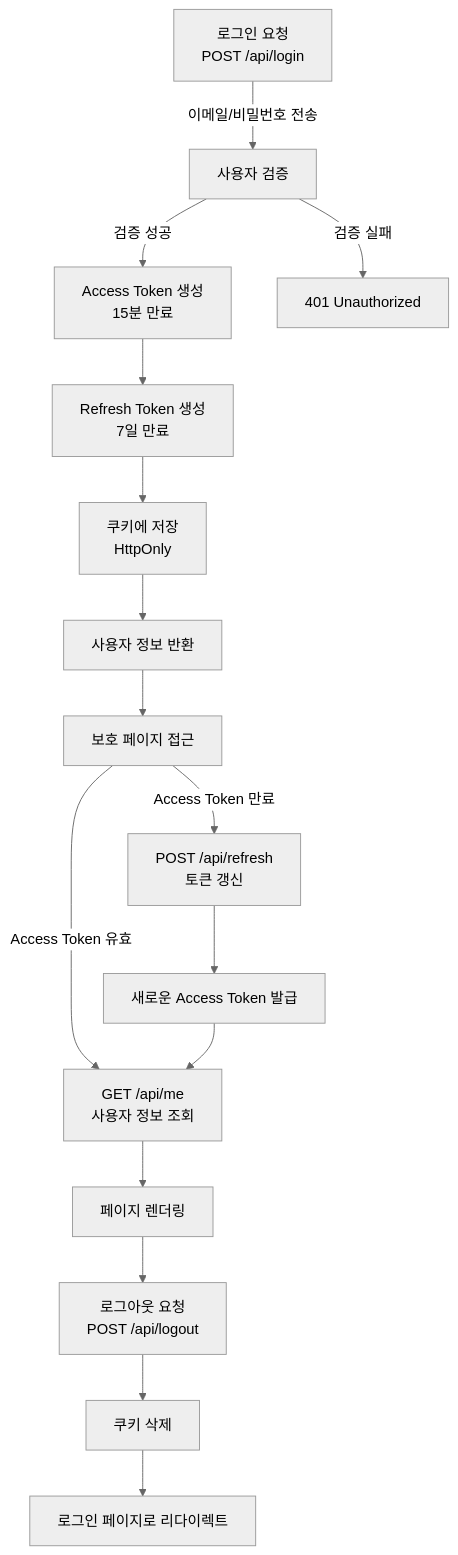
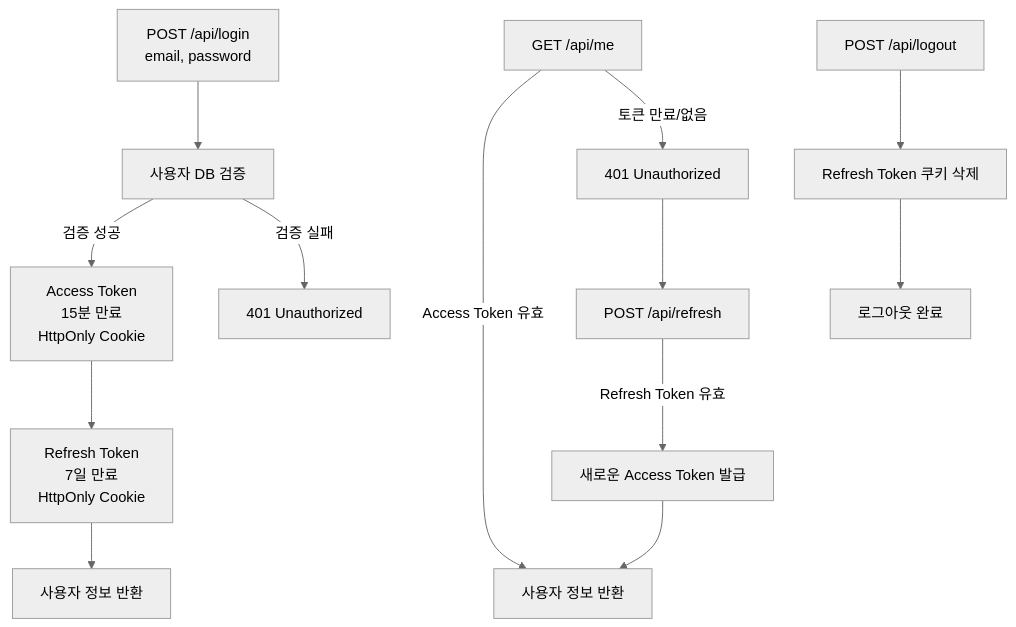
Before and after one commit to shinju4n/auth-test: the second of 2 diagrams in README.md, drawn with Mermaid (neutral theme). The commit also changed other lines of this file, not shown here.

````diff
--- a/README.md
+++ b/README.md
@@ -7,20 +37,19 @@
 ```mermaid
 flowchart TD
-    A[로그인 요청<br/>POST /api/login] -->|이메일/비밀번호 전송| B[사용자 검증]
-    B -->|검증 성공| C[Access Token 생성<br/>15분 만료]
-    B -->|검증 실패| D[401 Unauthorized]
-    C --> E[Refresh Token 생성<br/>7일 만료]
-    E --> F[쿠키에 저장<br/>HttpOnly]
-    F --> G[사용자 정보 반환]
-    G --> H[보호 페이지 접근]
+    A["POST /api/login<br/>email, password"] --> B["사용자 DB 검증"]
+    B -->|검증 성공| C["Access Token<br/>15분 만료<br/>HttpOnly Cookie"]
+    B -->|검증 실패| D["401 Unauthorized"]
 
-    H -->|Access Token 유효| I[GET /api/me<br/>사용자 정보 조회]
-    H -->|Access Token 만료| J[POST /api/refresh<br/>토큰 갱신]
-    J --> K[새로운 Access Token 발급]
-    K --> I
+    C --> E["Refresh Token<br/>7일 만료<br/>HttpOnly Cookie"]
+    E --> F["사용자 정보 반환"]
 
-    I --> L[페이지 렌더링]
-    L --> M[로그아웃 요청<br/>POST /api/logout]
-    M --> N[쿠키 삭제]
-    N --> O[로그인 페이지로 리다이렉트]
+    G["GET /api/me"] -->|Access Token 유효| H["사용자 정보 반환"]
+    G -->|토큰 만료/없음| I["401 Unauthorized"]
+
+    I --> J["POST /api/refresh"]
+    J -->|Refresh Token 유효| K["새로운 Access Token 발급"]
+    K --> H
+
+    L["POST /api/logout"] --> M["Refresh Token 쿠키 삭제"]
+    M --> N["로그아웃 완료"]
 ```
````
